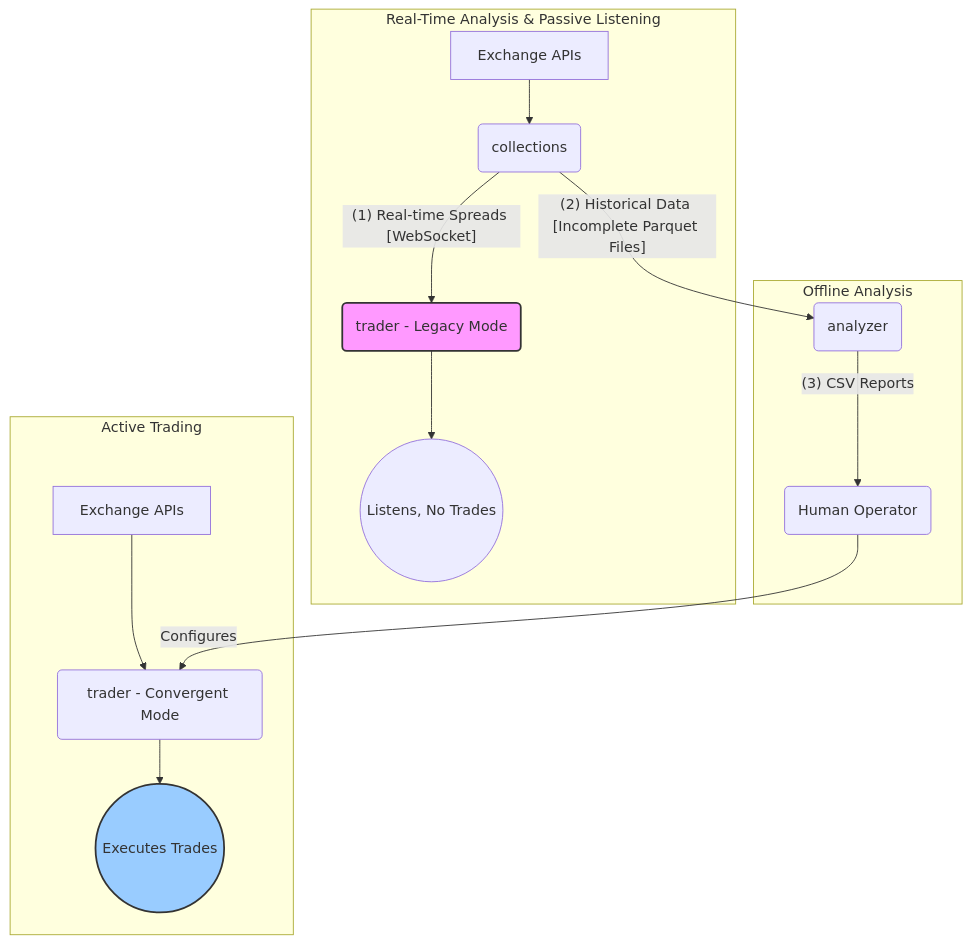
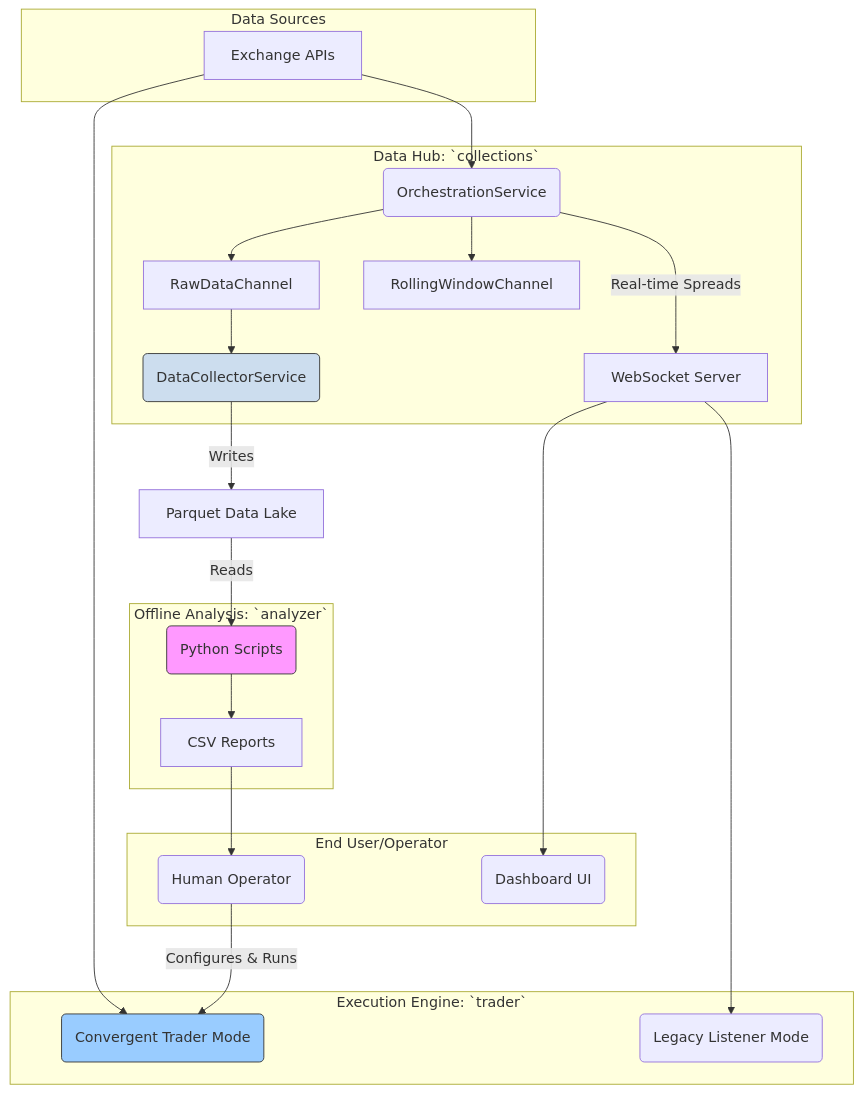
The diagram in docs/overall_architecture/architecture.md (Gogi213/arb1), drawn with Mermaid before and after one commit. The commit also changed other lines of this file and 76 other files, not shown here.

````diff
--- a/docs/overall_architecture/architecture.md
+++ b/docs/overall_architecture/architecture.md
@@ -45,23 +45,47 @@
 ```mermaid
 graph TD
-    subgraph Real-Time Analysis & Passive Listening
-        A[Exchange APIs] --> B(collections);
-        B -- (1) Real-time Spreads [WebSocket] --> C(trader - Legacy Mode);
-        C --> D((Listens, No Trades));
+    subgraph "Data Sources"
+        A[Exchange APIs]
     end
 
-    subgraph Active Trading
-        E[Exchange APIs] --> F(trader - Convergent Mode);
-        F --> G((Executes Trades));
+    subgraph "Data Hub: `collections`"
+        B(OrchestrationService)
+        C[WebSocket Server]
+        D[RawDataChannel]
+        E[RollingWindowChannel]
+        F(DataCollectorService)
     end
 
-    subgraph Offline Analysis
-        B -- (2) Historical Data [Incomplete Parquet Files] --> H(analyzer);
-        H -- (3) CSV Reports --> I(Human Operator);
+    subgraph "Execution Engine: `trader`"
+        G(Convergent Trader Mode)
+        H(Legacy Listener Mode)
     end
 
-    I -- Configures --> F;
+    subgraph "Offline Analysis: `analyzer`"
+        I(Python Scripts)
+        J[CSV Reports]
+    end
 
-    style C fill:#f9f,stroke:#333,stroke-width:2px
-    style G fill:#9cf,stroke:#333,stroke-width:2px
+    subgraph "End User/Operator"
+        K(Human Operator)
+        L(Dashboard UI)
+    end
+
+    A --> B;
+    B -- Real-time Spreads --> C;
+    C --> L;
+    C --> H;
+    B --> D;
+    B --> E;
+    D --> F -- "Writes" --> M[Parquet Data Lake];
+    
+    M -- "Reads" --> I;
+    I --> J;
+    J --> K;
+    K -- "Configures & Runs" --> G;
+    A --> G;
+
+    style F fill:#cde,stroke:#333
+    style I fill:#f9f,stroke:#333
+    style G fill:#9cf,stroke:#333
 ```
````
